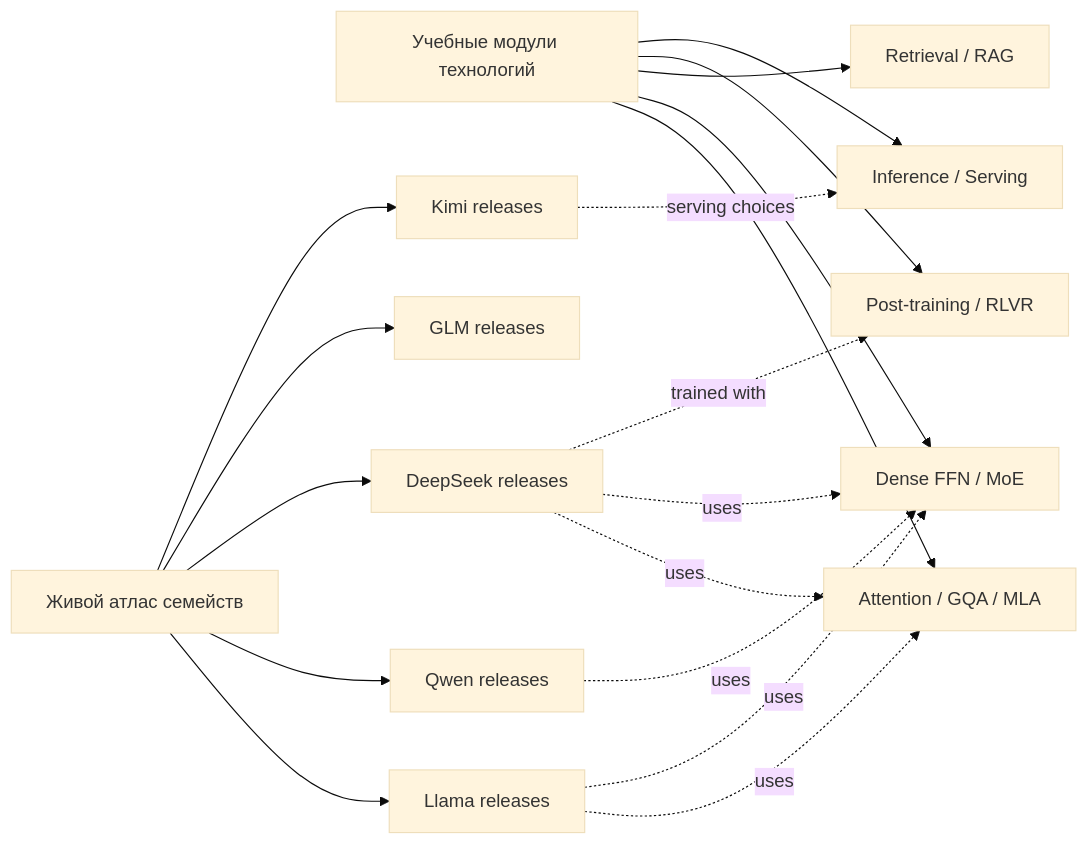
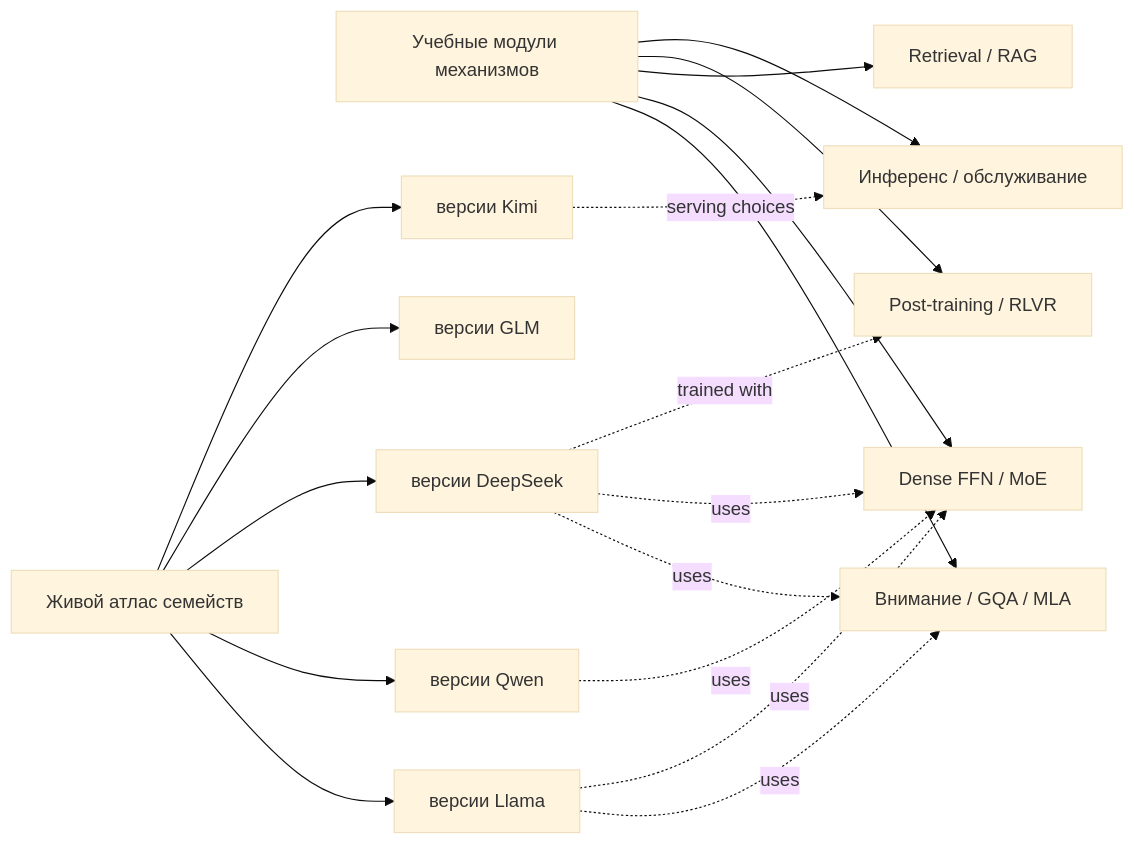
One commit to alpotekhin/bookvar changed the diagram in 00 Учебник/Карта крупных учебных модулей.md. Above: the diagram before and after it, drawn with Mermaid (base theme). The commit also changed other lines of this file and 58 other files, not shown here.

````diff
--- a/00 Учебник/Карта крупных учебных модулей.md
+++ b/00 Учебник/Карта крупных учебных модулей.md
@@ -27,22 +27,22 @@
 ```mermaid
 flowchart LR
-    T["Учебные модули технологий"] --> A["Attention / GQA / MLA"]
+    T["Учебные модули механизмов"] --> A["Внимание / GQA / MLA"]
     T --> M["Dense FFN / MoE"]
     T --> R["Retrieval / RAG"]
     T --> P["Post-training / RLVR"]
-    T --> I["Inference / Serving"]
+    T --> I["Инференс / обслуживание"]
 
-    F["Живой атлас семейств"] --> L["Llama releases"]
-    F --> Q["Qwen releases"]
-    F --> D["DeepSeek releases"]
-    F --> G["GLM releases"]
-    F --> K["Kimi releases"]
+    F["Живой атлас семейств"] --> L["версии Llama"]
+    F --> Q["версии Qwen"]
+    F --> D["версии DeepSeek"]
+    F --> G["версии GLM"]
+    F --> K["версии Kimi"]
 
     L -. uses .-> A
     L -. uses .-> M
     Q -. uses .-> M
     D -. uses .-> A
     D -. uses .-> M
     D -. trained with .-> P
     K -. serving choices .-> I
 ```
````
